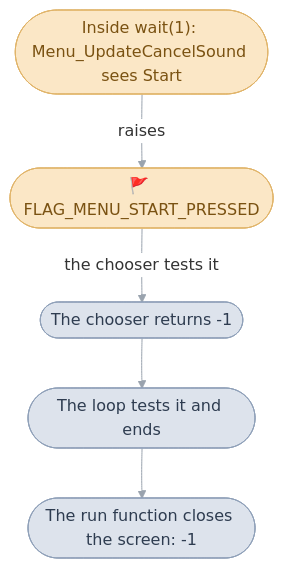
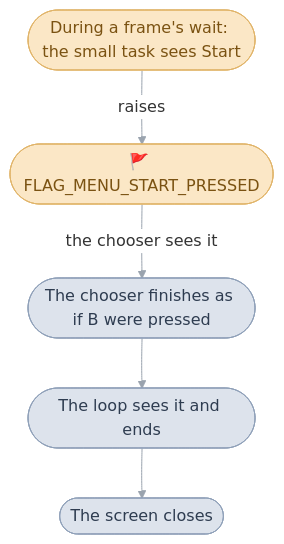
Before and after one commit to PascalPixel/alchemy: the third of 5 diagrams in games/tbs/src/menu/README.md, drawn with Mermaid. The commit also changed other lines of this file and 21 other files, not shown here.

````diff
--- a/games/tbs/src/menu/README.md
+++ b/games/tbs/src/menu/README.md
@@ -183,12 +152,12 @@
 ```mermaid
 %%{init: {"theme": "base", "themeVariables": {"lineColor": "#9AA3AE", "edgeLabelBackground": "#FFFFFF"}, "flowchart": {"curve": "basis", "padding": 12}}}%%
 flowchart TD
-  press(["Inside wait(1): Menu_UpdateCancelSound sees Start"]) -- "raises" --> flag(["🚩 FLAG_MENU_START_PRESSED"])
-  flag -- "the chooser tests it" --> chooser(["The chooser returns -1"])
-  chooser --> loop(["The loop tests it and ends"])
-  loop --> run(["The run function closes the screen: -1"])
+  press(["During a frame's wait: the small task sees Start"]) -- "raises" --> flag(["🚩 FLAG_MENU_START_PRESSED"])
+  flag -- "the chooser sees it" --> chooser(["The chooser finishes as if B were pressed"])
+  chooser --> loop(["The loop sees it and ends"])
+  loop --> run(["The screen closes"])
   classDef frame fill:#FBE7C6,stroke:#E0B46A,color:#7A5212
   classDef code fill:#DDE3EC,stroke:#8FA0B8,color:#2E3C50
   class press,flag frame
   class chooser,loop,run code
 ```
````
